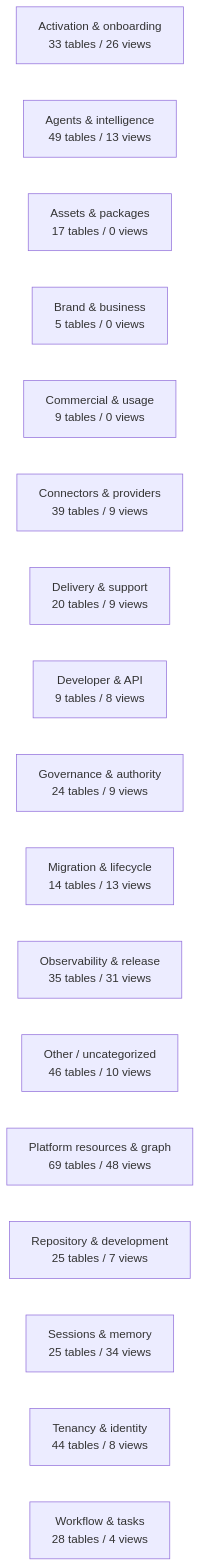
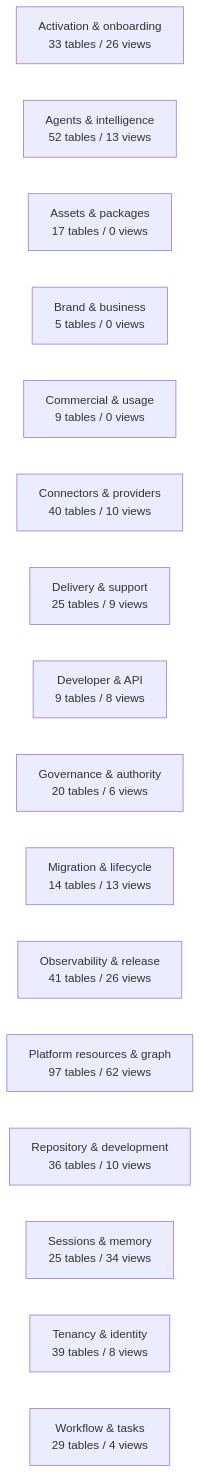
The diagram in docs/work-maps/data-model-domain-map.md (mad4bdigital-ai/multi-business-multi-role-growth-intelligence-os), drawn with Mermaid before and after one commit. The commit also changed other lines of this file and 16 other files, not shown here.

````diff
--- a/docs/work-maps/data-model-domain-map.md
+++ b/docs/work-maps/data-model-domain-map.md
@@ -9,20 +9,19 @@
 ```mermaid
 flowchart LR
   n_Activation___onboarding["Activation & onboarding<br/>33 tables / 26 views"]
-  n_Agents___intelligence["Agents & intelligence<br/>49 tables / 13 views"]
+  n_Agents___intelligence["Agents & intelligence<br/>52 tables / 13 views"]
   n_Assets___packages["Assets & packages<br/>17 tables / 0 views"]
   n_Brand___business["Brand & business<br/>5 tables / 0 views"]
   n_Commercial___usage["Commercial & usage<br/>9 tables / 0 views"]
-  n_Connectors___providers["Connectors & providers<br/>39 tables / 9 views"]
-  n_Delivery___support["Delivery & support<br/>20 tables / 9 views"]
+  n_Connectors___providers["Connectors & providers<br/>40 tables / 10 views"]
+  n_Delivery___support["Delivery & support<br/>25 tables / 9 views"]
   n_Developer___API["Developer & API<br/>9 tables / 8 views"]
-  n_Governance___authority["Governance & authority<br/>24 tables / 9 views"]
+  n_Governance___authority["Governance & authority<br/>20 tables / 6 views"]
   n_Migration___lifecycle["Migration & lifecycle<br/>14 tables / 13 views"]
-  n_Observability___release["Observability & release<br/>35 tables / 31 views"]
-  n_Other___uncategorized["Other / uncategorized<br/>46 tables / 10 views"]
-  n_Platform_resources___graph["Platform resources & graph<br/>69 tables / 48 views"]
-  n_Repository___development["Repository & development<br/>25 tables / 7 views"]
+  n_Observability___release["Observability & release<br/>41 tables / 26 views"]
+  n_Platform_resources___graph["Platform resources & graph<br/>97 tables / 62 views"]
+  n_Repository___development["Repository & development<br/>36 tables / 10 views"]
   n_Sessions___memory["Sessions & memory<br/>25 tables / 34 views"]
-  n_Tenancy___identity["Tenancy & identity<br/>44 tables / 8 views"]
-  n_Workflow___tasks["Workflow & tasks<br/>28 tables / 4 views"]
+  n_Tenancy___identity["Tenancy & identity<br/>39 tables / 8 views"]
+  n_Workflow___tasks["Workflow & tasks<br/>29 tables / 4 views"]
 ```
````
